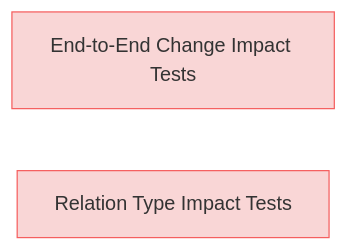
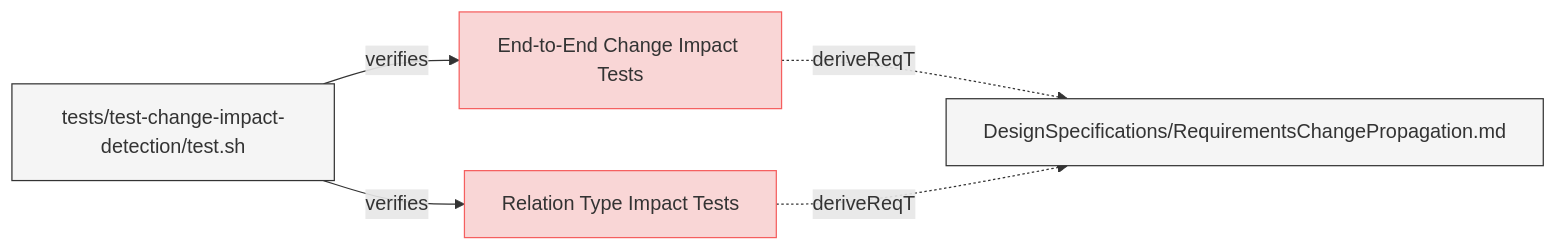
The second of 2 diagrams in specifications/SystemRequirements/ChangeImpactRequirements.md (reqvire-org/reqvire), drawn with Mermaid before and after one commit. The commit also changed other lines of this file and 92 other files, not shown here.

````diff
--- a/specifications/SystemRequirements/ChangeImpactRequirements.md
+++ b/specifications/SystemRequirements/ChangeImpactRequirements.md
@@ -150,15 +170,25 @@
 ```mermaid
 graph LR;
   %% Graph styling
   classDef requirement fill:#f9d6d6,stroke:#f55f5f,stroke-width:1px;
   classDef verification fill:#d6f9d6,stroke:#5fd75f,stroke-width:1px;
   classDef externalLink fill:#d0e0ff,stroke:#3080ff,stroke-width:1px;
   classDef default fill:#f5f5f5,stroke:#333333,stroke-width:1px;
 
-  1240515701["End-to-End Change Impact Tests"];
-  click 1240515701 "Requirements-ChangeImpact.md#end-to-end-change-impact-tests";
-  class 1240515701 requirement;
-  3f7bf750a1["Relation Type Impact Tests"];
-  click 3f7bf750a1 "Requirements-ChangeImpact.md#relation-type-impact-tests";
-  class 3f7bf750a1 requirement;
+  9257bdbe19["End-to-End Change Impact Tests"];
+  click 9257bdbe19 "ChangeImpactRequirements.md#end-to-end-change-impact-tests";
+  class 9257bdbe19 requirement;
+  33e6fb86b3["DesignSpecifications/RequirementsChangePropagation.md"];
+  class 33e6fb86b3 default;
+  click 33e6fb86b3 "../DesignSpecifications/RequirementsChangePropagation.md";
+  9257bdbe19 -.->|deriveReqT| 33e6fb86b3;
+  524acc7470["tests/test-change-impact-detection/test.sh"];
+  class 524acc7470 default;
+  click 524acc7470 "../../tests/test-change-impact-detection/test.sh";
+  524acc7470 -->|verifies| 9257bdbe19;
+  a4d4b4ced7["Relation Type Impact Tests"];
+  click a4d4b4ced7 "ChangeImpactRequirements.md#relation-type-impact-tests";
+  class a4d4b4ced7 requirement;
+  a4d4b4ced7 -.->|deriveReqT| 33e6fb86b3;
+  524acc7470 -->|verifies| a4d4b4ced7;
 ```
````
